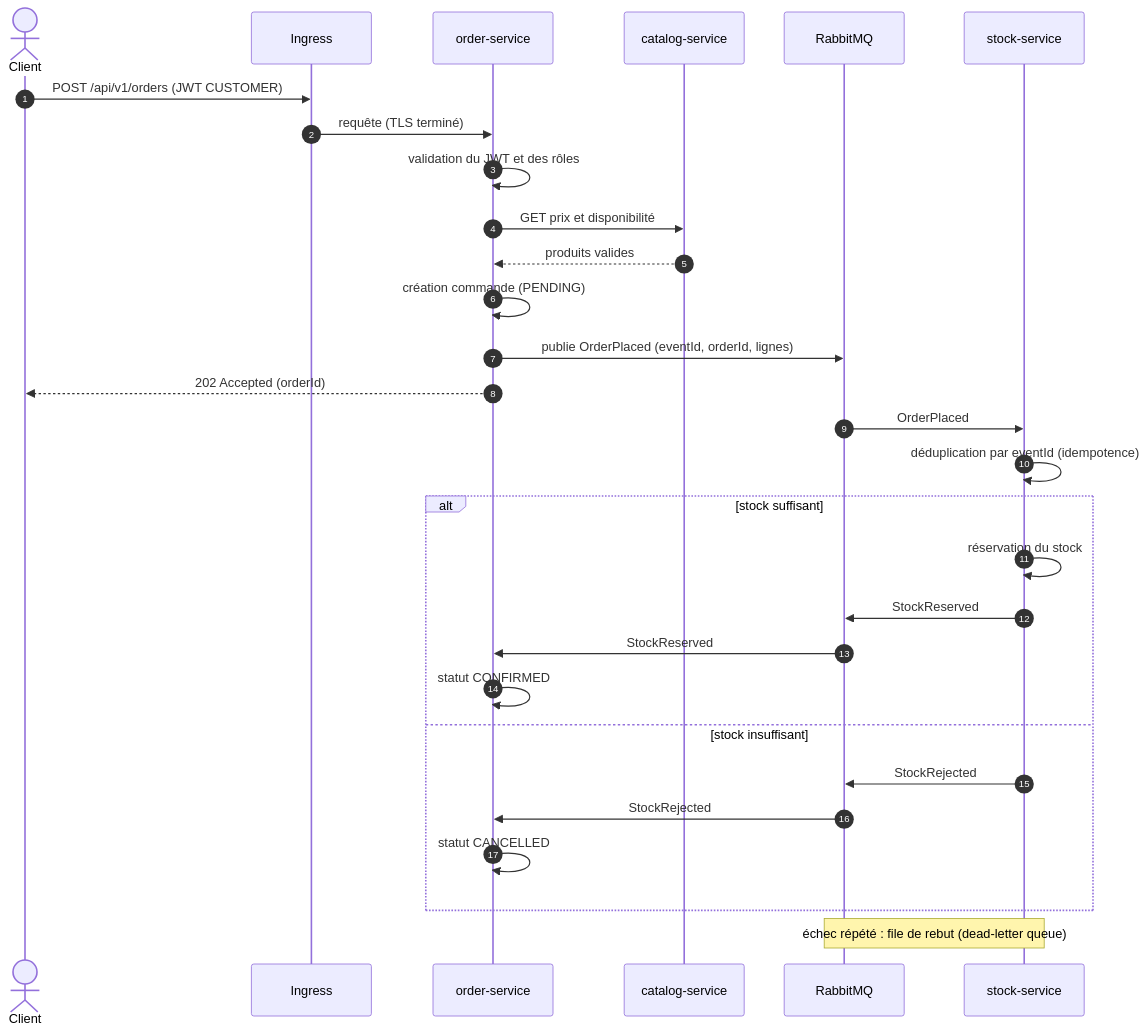
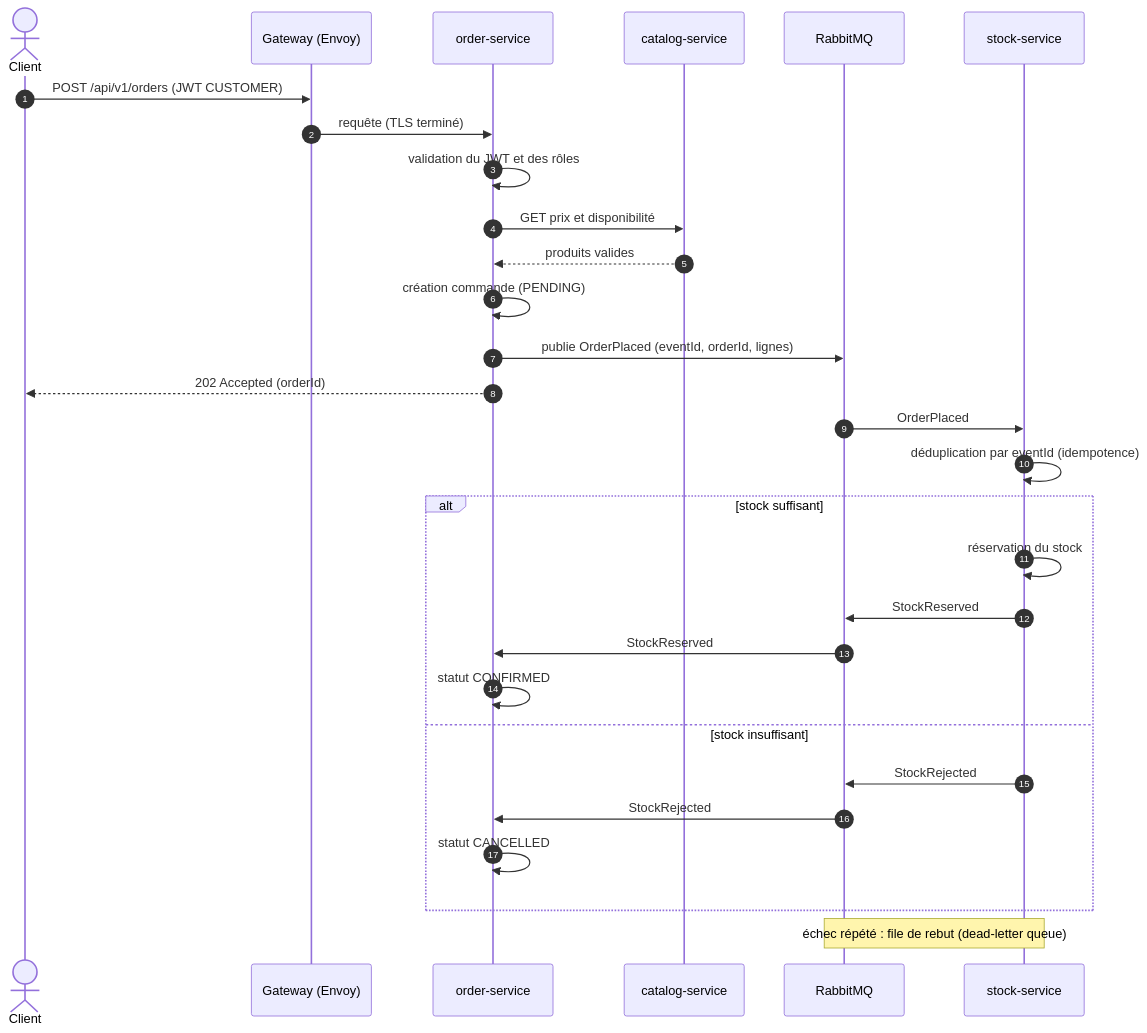
The diagram in docs/03-saga-commande.md (mbanzaroger/petitemaisonepouvante), drawn with Mermaid before and after one commit. The commit also changed other lines of this file and 11 other files, not shown here.

First line of the commit message:
docs(e1): résultats, ADR-003 Gateway API à la place d'Ingress NGINX retiré

````diff
--- a/docs/03-saga-commande.md
+++ b/docs/03-saga-commande.md
@@ -3,32 +3,32 @@
 ```mermaid
 sequenceDiagram
     autonumber
     actor C as Client
-    participant ING as Ingress
+    participant ING as Gateway (Envoy)
     participant O as order-service
     participant CAT as catalog-service
     participant MQ as RabbitMQ
     participant S as stock-service
 
     C->>ING: POST /api/v1/orders (JWT CUSTOMER)
     ING->>O: requête (TLS terminé)
     O->>O: validation du JWT et des rôles
     O->>CAT: GET prix et disponibilité
     CAT-->>O: produits valides
     O->>O: création commande (PENDING)
     O->>MQ: publie OrderPlaced (eventId, orderId, lignes)
     O-->>C: 202 Accepted (orderId)
     MQ->>S: OrderPlaced
     S->>S: déduplication par eventId (idempotence)
     alt stock suffisant
         S->>S: réservation du stock
         S->>MQ: StockReserved
         MQ->>O: StockReserved
         O->>O: statut CONFIRMED
     else stock insuffisant
         S->>MQ: StockRejected
         MQ->>O: StockRejected
         O->>O: statut CANCELLED
     end
     Note over MQ,S: échec répété : file de rebut (dead-letter queue)
 ```
````
